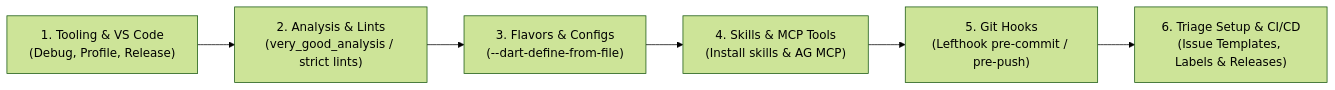
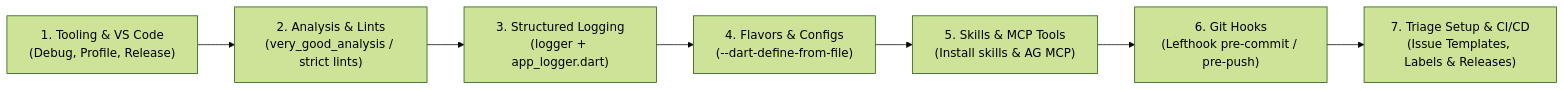
One commit to BIGboss248/FtFileSorter changed the diagram in .agents/skills/flutter-dev-setup/SKILL.md. Above: the diagram before and after it, drawn with Mermaid (forest theme). The commit also changed other lines of this file and 4 other files, not shown here.

````diff
--- a/.agents/skills/flutter-dev-setup/SKILL.md
+++ b/.agents/skills/flutter-dev-setup/SKILL.md
@@ -29,8 +30,9 @@
 ```mermaid
 flowchart LR
     S1["1. Tooling & VS Code<br/>(Debug, Profile, Release)"] --> S2["2. Analysis & Lints<br/>(very_good_analysis / strict lints)"]
-    S2 --> S3["3. Flavors & Configs<br/>(--dart-define-from-file)"]
-    S3 --> S4["4. Skills & MCP Tools<br/>(Install skills & AG MCP)"]
-    S4 --> S5["5. Git Hooks<br/>(Lefthook pre-commit / pre-push)"]
-    S5 --> S6["6. Triage Setup & CI/CD<br/>(Issue Templates, Labels & Releases)"]
+    S2 --> S3["3. Structured Logging<br/>(logger + app_logger.dart)"]
+    S3 --> S4["4. Flavors & Configs<br/>(--dart-define-from-file)"]
+    S4 --> S5["5. Skills & MCP Tools<br/>(Install skills & AG MCP)"]
+    S5 --> S6["6. Git Hooks<br/>(Lefthook pre-commit / pre-push)"]
+    S6 --> S7["7. Triage Setup & CI/CD<br/>(Issue Templates, Labels & Releases)"]
 ```
````
